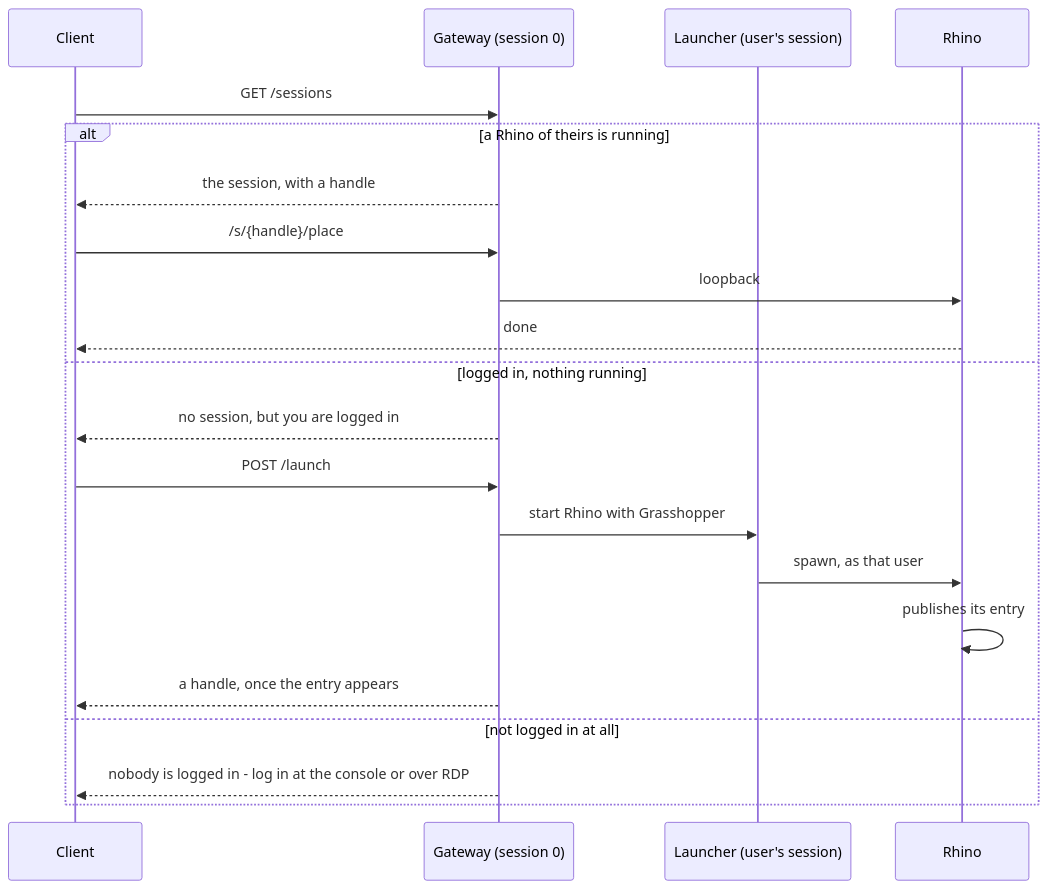
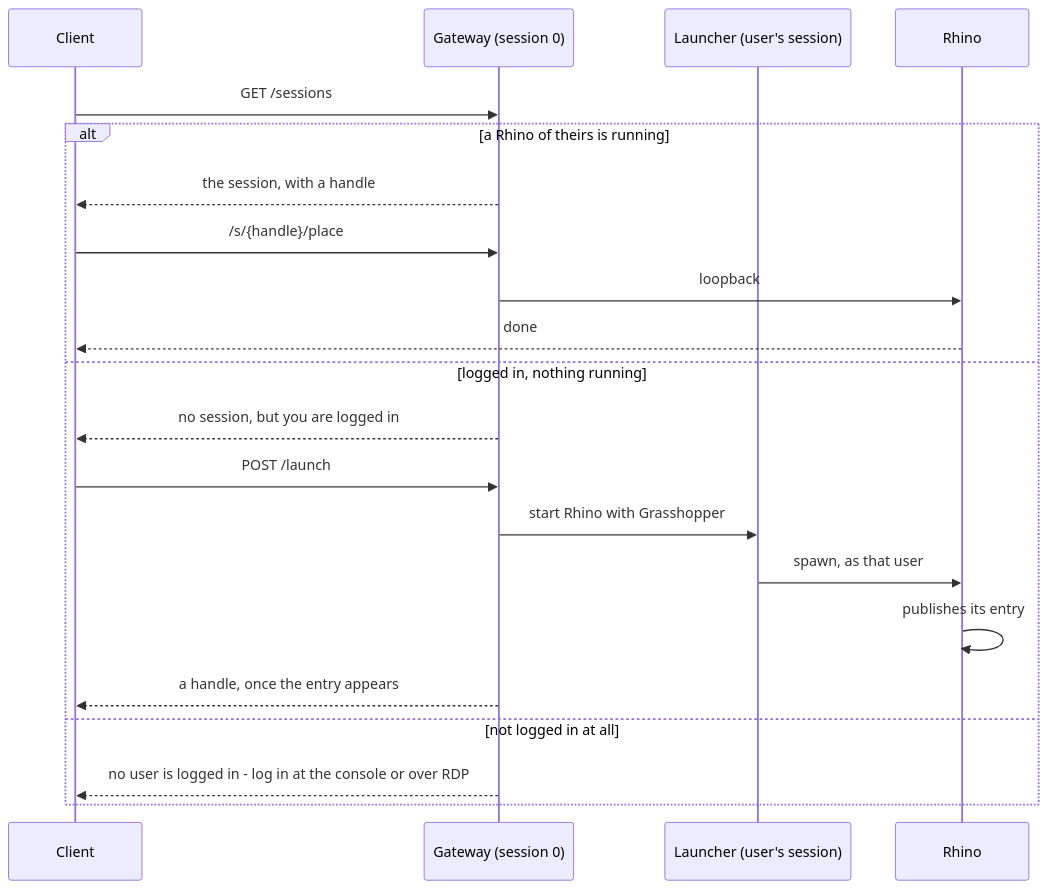
The fourth of 5 diagrams in docs/link-over-the-network.md (theObjectCo/Phenome), drawn with Mermaid before and after one commit. The commit also changed other lines of this file and 61 other files, not shown here.

````diff
--- a/docs/link-over-the-network.md
+++ b/docs/link-over-the-network.md
@@ -185,25 +189,25 @@
 ```mermaid
 sequenceDiagram
     participant C as Client
     participant G as Gateway (session 0)
     participant H as Launcher (user's session)
     participant R as Rhino
 
     C->>G: GET /sessions
 
     alt a Rhino of theirs is running
         G-->>C: the session, with a handle
         C->>G: /s/{handle}/place
         G->>R: loopback
         R-->>C: done
     else logged in, nothing running
         G-->>C: no session, but you are logged in
         C->>G: POST /launch
         G->>H: start Rhino with Grasshopper
         H->>R: spawn, as that user
         R->>R: publishes its entry
         G-->>C: a handle, once the entry appears
     else not logged in at all
-        G-->>C: nobody is logged in - log in at the console or over RDP
+        G-->>C: no user is logged in - log in at the console or over RDP
     end
 ```
````
